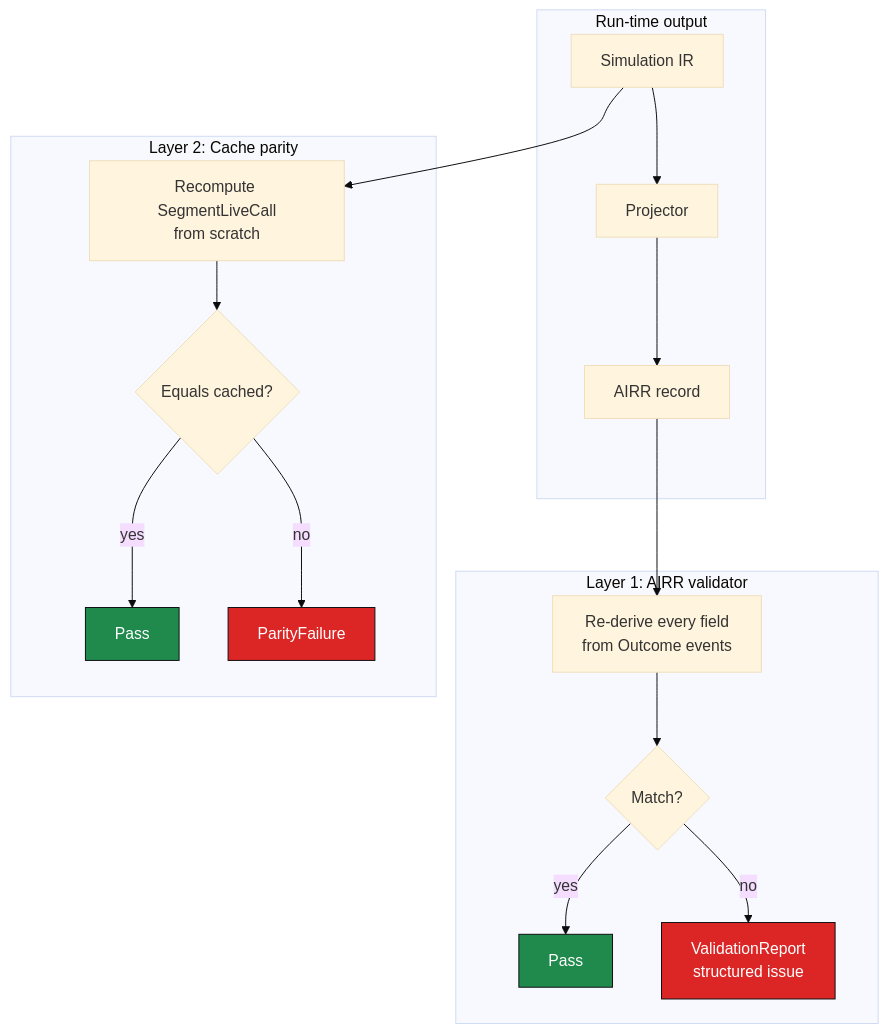
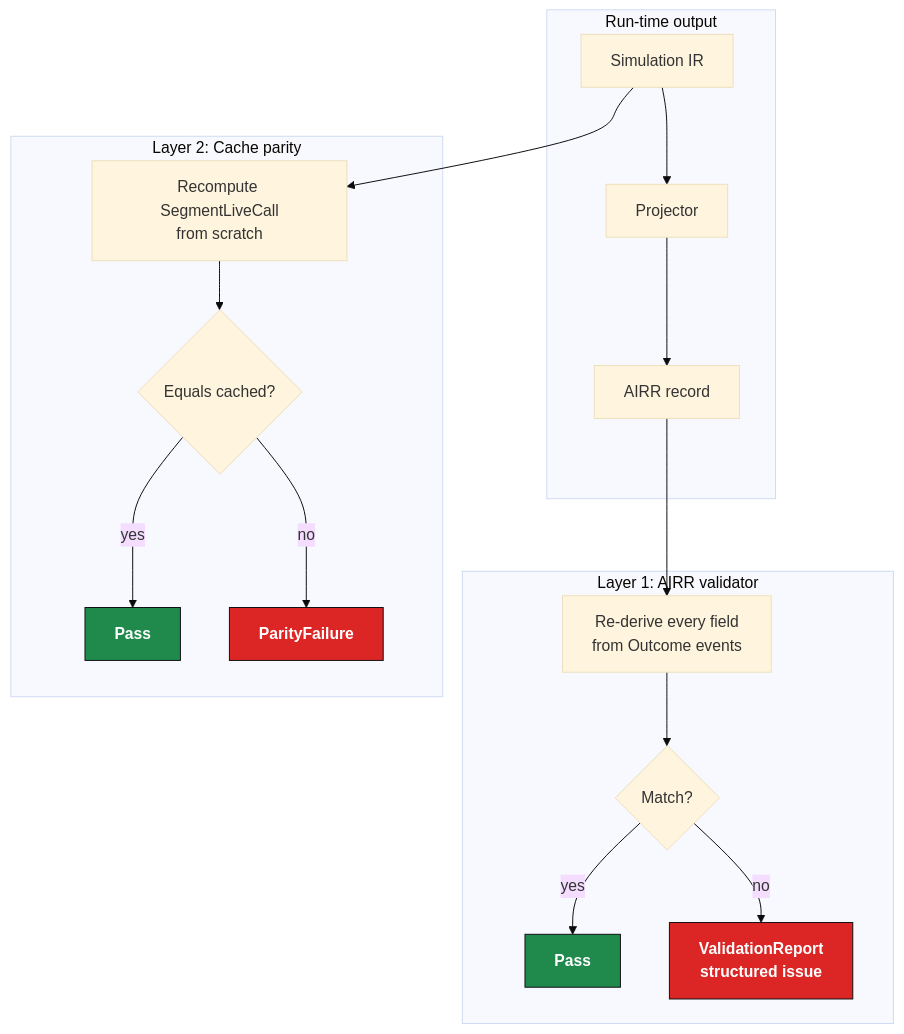
Before and after one commit to MuteJester/GenAIRR: the eighth of 9 diagrams in site_docs/architecture/index.md, drawn with Mermaid (base theme). The commit also changed other lines of this file and 1 other file, not shown here.

First line of the commit message:
mermaid: fix unreadable dark text on dark fills

````diff
--- a/site_docs/architecture/index.md
+++ b/site_docs/architecture/index.md
@@ -352,26 +373,29 @@
 ```mermaid
 flowchart TB
   subgraph Output ["Run-time output"]
     Sim[Simulation IR] --> Proj[Projector]
     Proj --> Rec[AIRR record]
   end
 
   subgraph Layer1 ["Layer 1: AIRR validator"]
     Rec --> V1["Re-derive every field<br/>from Outcome events"]
     V1 --> Cmp1{Match?}
     Cmp1 -->|yes| Ok1["Pass"]
     Cmp1 -->|no| Bad1["ValidationReport<br/>structured issue"]
   end
 
   subgraph Layer2 ["Layer 2: Cache parity"]
     Sim --> V2["Recompute SegmentLiveCall<br/>from scratch"]
     V2 --> Cmp2{Equals cached?}
     Cmp2 -->|yes| Ok2["Pass"]
     Cmp2 -->|no| Bad2["ParityFailure"]
   end
 
-  style Ok1 fill:#1f8a4c,stroke:#0e0e10,color:#fff
-  style Ok2 fill:#1f8a4c,stroke:#0e0e10,color:#fff
-  style Bad1 fill:#dc2626,stroke:#0e0e10,color:#fff
-  style Bad2 fill:#dc2626,stroke:#0e0e10,color:#fff
+  classDef accent fill:#1f8a4c,stroke:#0e0e10,color:#ffffff,font-weight:600;
+  classDef info fill:#1d4ed8,stroke:#0e0e10,color:#ffffff,font-weight:600;
+  classDef trace fill:#6e3a8e,stroke:#0e0e10,color:#ffffff,font-weight:600;
+  classDef warn fill:#dc2626,stroke:#0e0e10,color:#ffffff,font-weight:600;
+  classDef neutral fill:#fafaf7,stroke:#0e0e10,color:#0e0e10;
+  class Ok1,Ok2 accent;
+  class Bad1,Bad2 warn;
 ```
````
